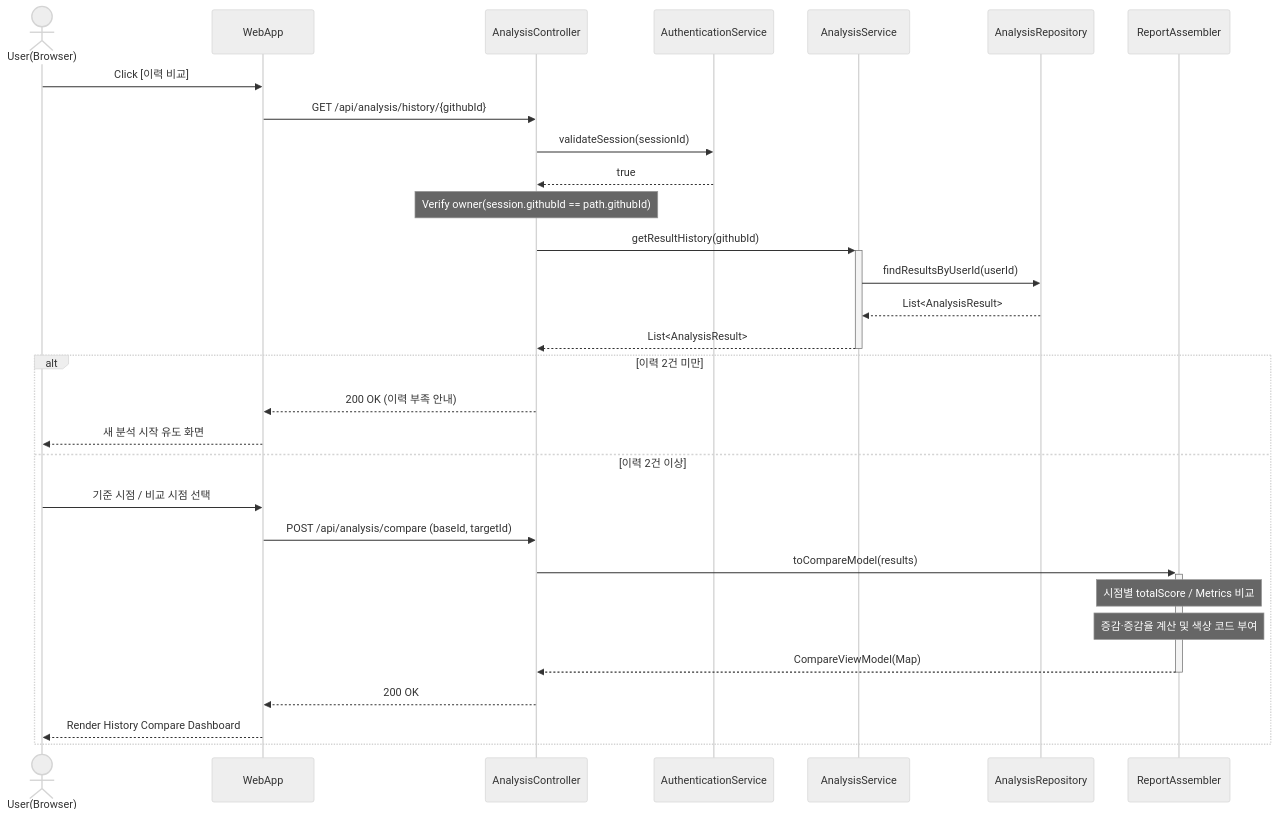
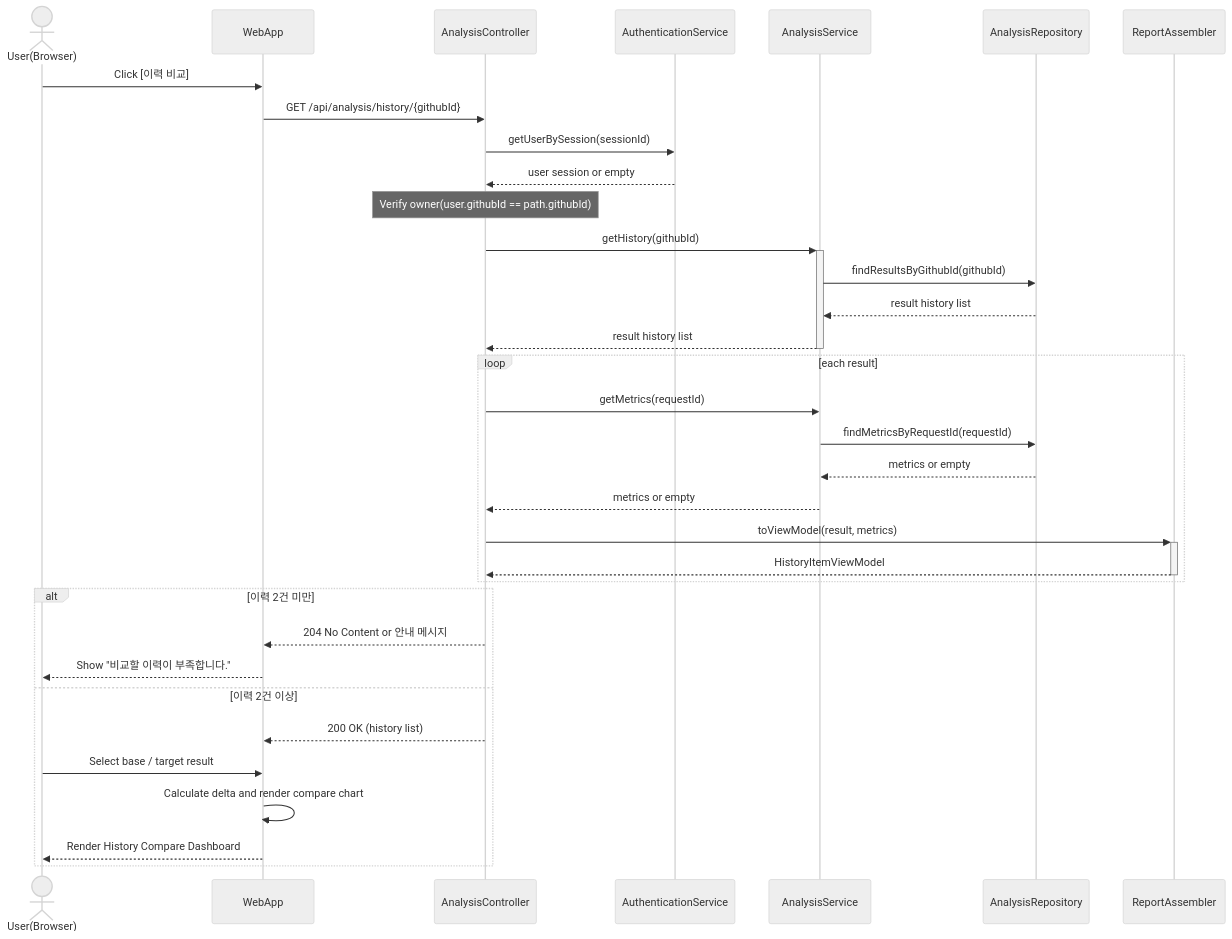
One commit to NotHyoone/OSS_Design changed diagram 19 of 20 in docs/project/[Design]22212046_안효원.md. Above: the diagram before and after it, drawn with Mermaid (neutral theme). The commit also changed other lines of this file and 1 other file, not shown here.

Commit message:
docs: fix links and expand sequence diagrams

````diff
--- a/docs/project/[Design]22212046_안효원.md
+++ b/docs/project/[Design]22212046_안효원.md
@@ -1836,35 +1940,40 @@
 ```mermaid
 sequenceDiagram
     actor User as User(Browser)
     participant WebApp as WebApp
     participant AnalysisCtrl as AnalysisController
     participant AuthSvc as AuthenticationService
     participant AnalysisSvc as AnalysisService
     participant Repo as AnalysisRepository
     participant Assembler as ReportAssembler
 
     User->>WebApp: Click [이력 비교]
     WebApp->>AnalysisCtrl: GET /api/analysis/history/{githubId}
-    AnalysisCtrl->>AuthSvc: validateSession(sessionId)
-    AuthSvc-->>AnalysisCtrl: true
-    Note over AnalysisCtrl: Verify owner(session.githubId == path.githubId)
+    AnalysisCtrl->>AuthSvc: getUserBySession(sessionId)
+    AuthSvc-->>AnalysisCtrl: user session or empty
+    Note over AnalysisCtrl: Verify owner(user.githubId == path.githubId)
 
-    AnalysisCtrl->>+AnalysisSvc: getResultHistory(githubId)
-    AnalysisSvc->>Repo: findResultsByUserId(userId)
-    Repo-->>AnalysisSvc: List<AnalysisResult>
-    AnalysisSvc-->>-AnalysisCtrl: List<AnalysisResult>
+    AnalysisCtrl->>+AnalysisSvc: getHistory(githubId)
+    AnalysisSvc->>Repo: findResultsByGithubId(githubId)
+    Repo-->>AnalysisSvc: result history list
+    AnalysisSvc-->>-AnalysisCtrl: result history list
+
+    loop each result
+        AnalysisCtrl->>AnalysisSvc: getMetrics(requestId)
+        AnalysisSvc->>Repo: findMetricsByRequestId(requestId)
+        Repo-->>AnalysisSvc: metrics or empty
+        AnalysisSvc-->>AnalysisCtrl: metrics or empty
+        AnalysisCtrl->>+Assembler: toViewModel(result, metrics)
+        Assembler-->>-AnalysisCtrl: HistoryItemViewModel
+    end
 
     alt 이력 2건 미만
-        AnalysisCtrl-->>WebApp: 200 OK (이력 부족 안내)
-        WebApp-->>User: 새 분석 시작 유도 화면
+        AnalysisCtrl-->>WebApp: 204 No Content or 안내 메시지
+        WebApp-->>User: Show "비교할 이력이 부족합니다."
     else 이력 2건 이상
-        User->>WebApp: 기준 시점 / 비교 시점 선택
-        WebApp->>AnalysisCtrl: POST /api/analysis/compare (baseId, targetId)
-        AnalysisCtrl->>+Assembler: toCompareModel(results)
-        Note over Assembler: 시점별 totalScore / Metrics 비교
-        Note over Assembler: 증감·증감율 계산 및 색상 코드 부여
-        Assembler-->>-AnalysisCtrl: CompareViewModel(Map)
-        AnalysisCtrl-->>WebApp: 200 OK
+        AnalysisCtrl-->>WebApp: 200 OK (history list)
+        User->>WebApp: Select base / target result
+        WebApp->>WebApp: Calculate delta and render compare chart
         WebApp-->>User: Render History Compare Dashboard
     end
 ```
````
